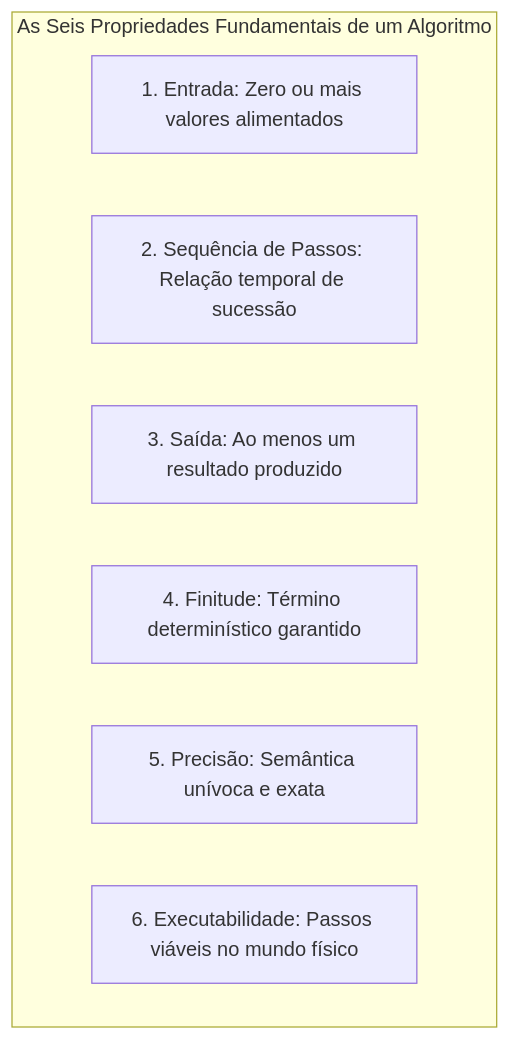
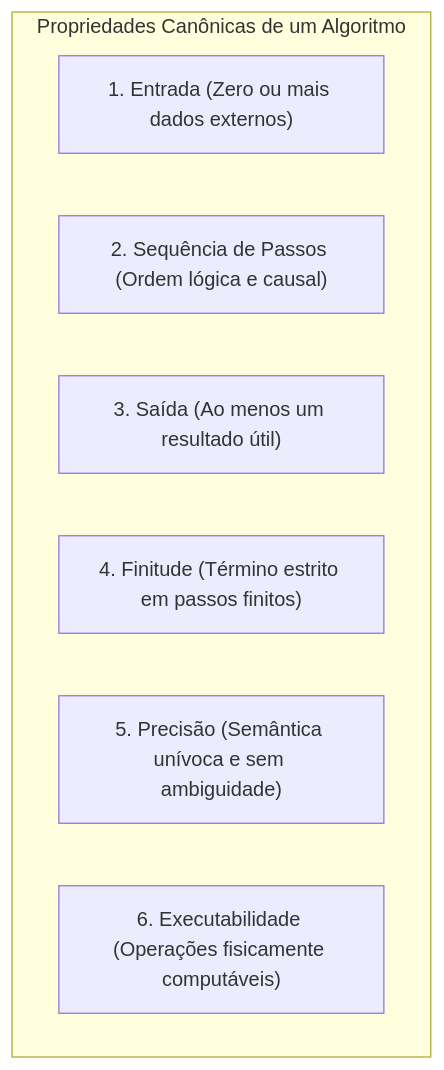
One commit to murilolol/unifef changed the second of 27 diagrams in 4º Semestre/[Prof. Wesley Soares] Estrutura de Dados I/Resumos-IA/Caderno-Consolidado.md. Above: the diagram before and after it, drawn with Mermaid. The commit also changed other lines of this file and 58 other files, not shown here.

````diff
--- a/4º Semestre/[Prof. Wesley Soares] Estrutura de Dados I/Resumos-IA/Caderno-Consolidado.md
+++ b/4º Semestre/[Prof. Wesley Soares] Estrutura de Dados I/Resumos-IA/Caderno-Consolidado.md
@@ -176,11 +165,11 @@
 ```mermaid
 flowchart TD
-    subgraph Propriedades["As Seis Propriedades Fundamentais de um Algoritmo"]
-        P1["1. Entrada: Zero ou mais valores alimentados"]
-        P2["2. Sequência de Passos: Relação temporal de sucessão"]
-        P3["3. Saída: Ao menos um resultado produzido"]
-        P4["4. Finitude: Término determinístico garantido"]
-        P5["5. Precisão: Semântica unívoca e exata"]
-        P6["6. Executabilidade: Passos viáveis no mundo físico"]
-    end
+  subgraph Caracteristicas["Propriedades Canônicas de um Algoritmo"]
+    C1["1. Entrada (Zero ou mais dados externos)"]
+    C2["2. Sequência de Passos (Ordem lógica e causal)"]
+    C3["3. Saída (Ao menos um resultado útil)"]
+    C4["4. Finitude (Término estrito em passos finitos)"]
+    C5["5. Precisão (Semântica unívoca e sem ambiguidade)"]
+    C6["6. Executabilidade (Operações fisicamente computáveis)"]
+  end
 ```
````
